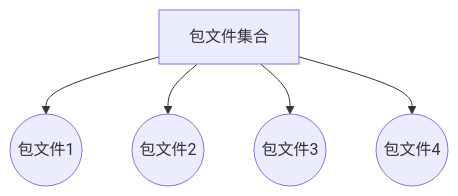
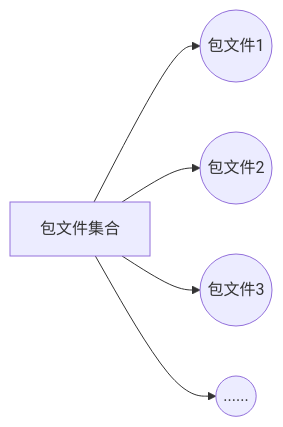
The third of 4 diagrams in 包管理.md (RisunJiang/notebook), drawn with Mermaid before and after one commit. The commit also changed other lines of this file, not shown here.

````diff
--- a/包管理.md
+++ b/包管理.md
@@ -18,7 +18,7 @@
 ```mermaid
-graph TD
+graph LR
 A[包文件集合] --> B((包文件1))
 A --> C((包文件2))
 A --> D((包文件3))
-A --> E((包文件4))
+A --> E((......))
 ```
````
